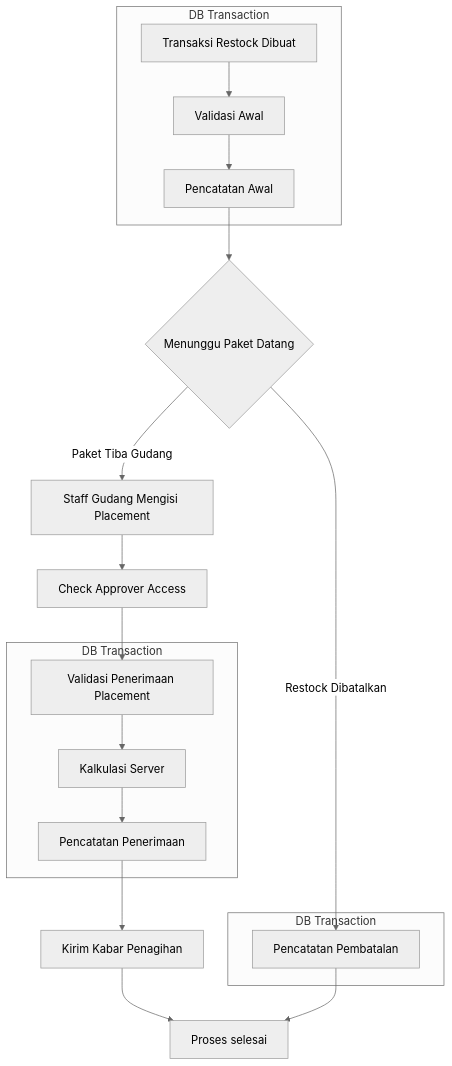
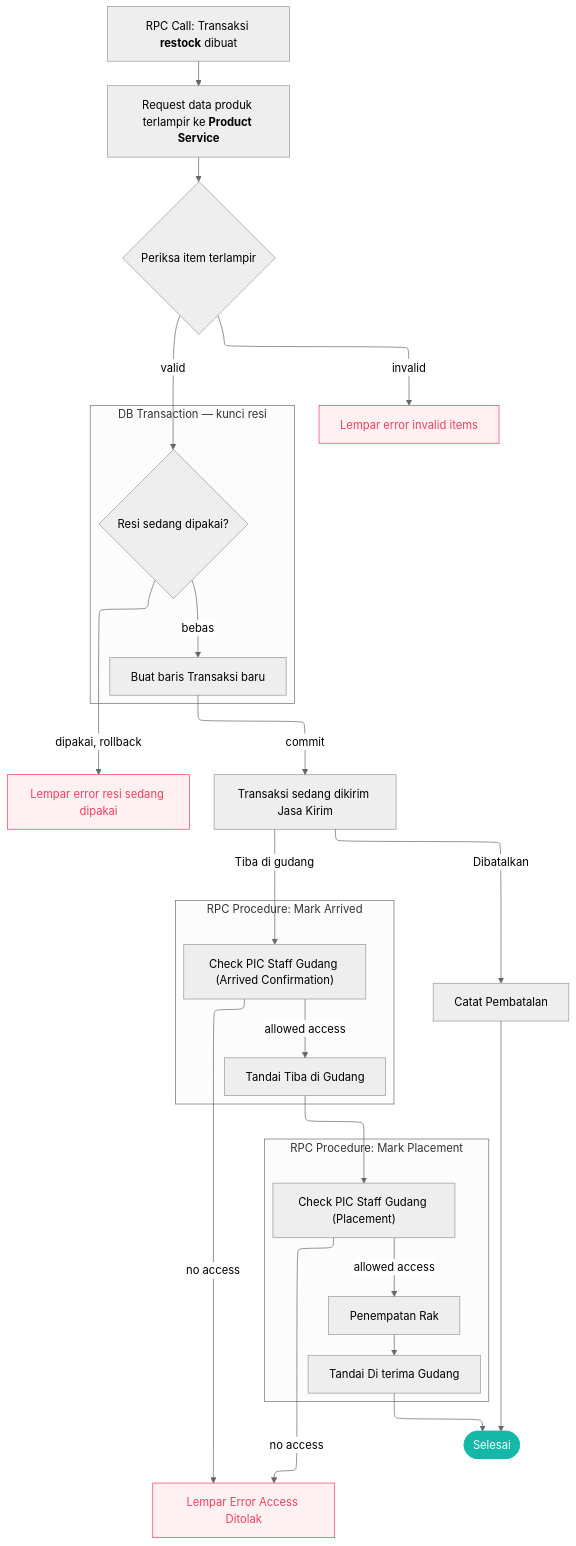
Before and after one commit to pdcgo/warehouse_revamp: the diagram in docs/business/stock_thoni/restock_flow.md, drawn with Mermaid (neutral theme). The commit also changed other lines of this file and 8 other files, not shown here.

Commit message:
finish restock_flow new, on the way merge

````diff
--- a/docs/business/stock_thoni/restock_flow.md
+++ b/docs/business/stock_thoni/restock_flow.md
@@ -3,33 +51,69 @@
 ```mermaid
+---
+config:
+    layout: elk
+---
+
 flowchart TB
 
-    subgraph "DB Transaction"
-	    create[Transaksi Restock Dibuat]
-    	validate[Validasi Awal]
-	    insert1[Pencatatan Awal]
+    createTrx["`RPC Call: Transaksi <b>restock</b> dibuat`"]
+
+    requestItemsData["`Request data produk terlampir ke <b>Product Service</b>`"]
+
+    checkAttachedItems{Periksa item terlampir}
+
+    errorInvalidItem["Lempar error invalid items"]
+
+    subgraph "DB Transaction — kunci resi"
+        checkCreatedTrx{Resi sedang dipakai?}
+        createTrxRc[Buat baris Transaksi baru]
     end
 
-	waiting{Menunggu Paket Datang}
+    errorExist[Lempar error resi sedang dipakai]
 
-    acc1[Staff Gudang Mengisi Placement]
-    checkAccess[Check Approver Access]
+    createTrx --> requestItemsData --> checkAttachedItems
+    checkAttachedItems --invalid--> errorInvalidItem
+    checkAttachedItems --valid--> checkCreatedTrx
 
-    subgraph "DB Transaction"
-        acc2[Validasi Penerimaan Placement]
-        acc3[Kalkulasi Server]
-        acc4[Pencatatan Penerimaan]
+    checkCreatedTrx --dipakai, rollback--> errorExist
+    checkCreatedTrx --bebas--> createTrxRc
+
+    waitingShipping[Transaksi sedang dikirim Jasa Kirim]
+
+    createTrxCancel[Catat Pembatalan]
+
+    createTrxRc --commit--> waitingShipping
+    waitingShipping --Tiba di gudang--> checkPic
+    waitingShipping --Dibatalkan--> createTrxCancel
+
+    subgraph "RPC Procedure: Mark Arrived"
+        checkPic["Check PIC Staff Gudang (Arrived Confirmation)"]
+        markArrived[Tandai Tiba di Gudang]
     end
 
-    subgraph "DB Transaction"
-        cancel1[Pencatatan Pembatalan]
+    subgraph "RPC Procedure: Mark Placement"
+        checkPic2["Check PIC Staff Gudang (Placement)"]
+        itemPlacement[Penempatan Rak]
+        markApproved[Tandai Di terima Gudang]
     end
 
-    billingInfo[Kirim Kabar Penagihan]
-	finish[Proses selesai]
+    errorAccessDenied[Lempar Error Access Ditolak]
 
-	create --> validate --> insert1 --> waiting
-	waiting --Paket Tiba Gudang--> acc1 --> checkAccess --> acc2 --> acc3 --> acc4 --> billingInfo
-	waiting --Restock Dibatalkan--> cancel1
-	billingInfo --> finish
-	cancel1 --> finish
+    checkPic --no access--> errorAccessDenied
+    checkPic --allowed access--> markArrived
+    markArrived --> checkPic2
+    checkPic2 --no access--> errorAccessDenied
+    checkPic2 --allowed access--> itemPlacement
+
+    finish([Selesai])
+
+    itemPlacement --> markApproved --> finish
+    createTrxCancel --> finish
+
+    style errorAccessDenied fill:#fff1f2,stroke:#f43f5e,color:#f43f5e
+    style errorInvalidItem fill:#fff1f2,stroke:#f43f5e,color:#f43f5e
+    style errorExist fill:#fff1f2,stroke:#f43f5e,color:#f43f5e
+
+    style finish fill:#14b8a6,stroke:#14b8a6,color:#fff
+
 ```
````
